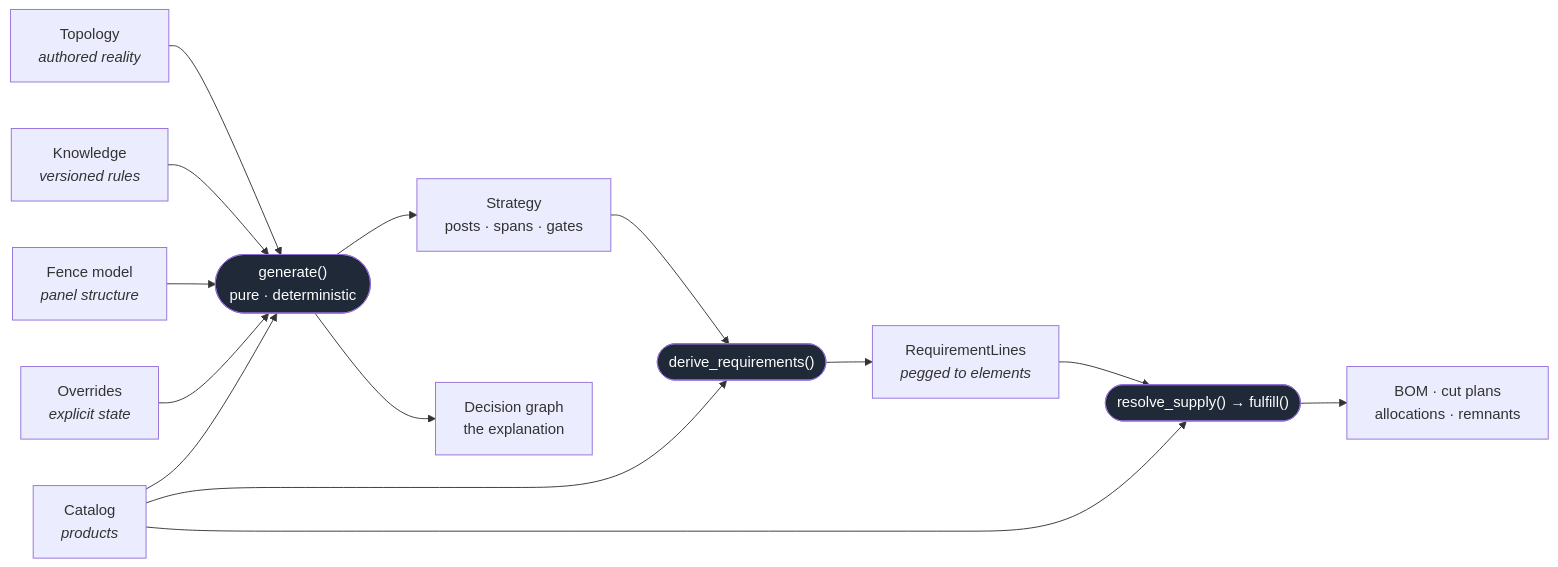
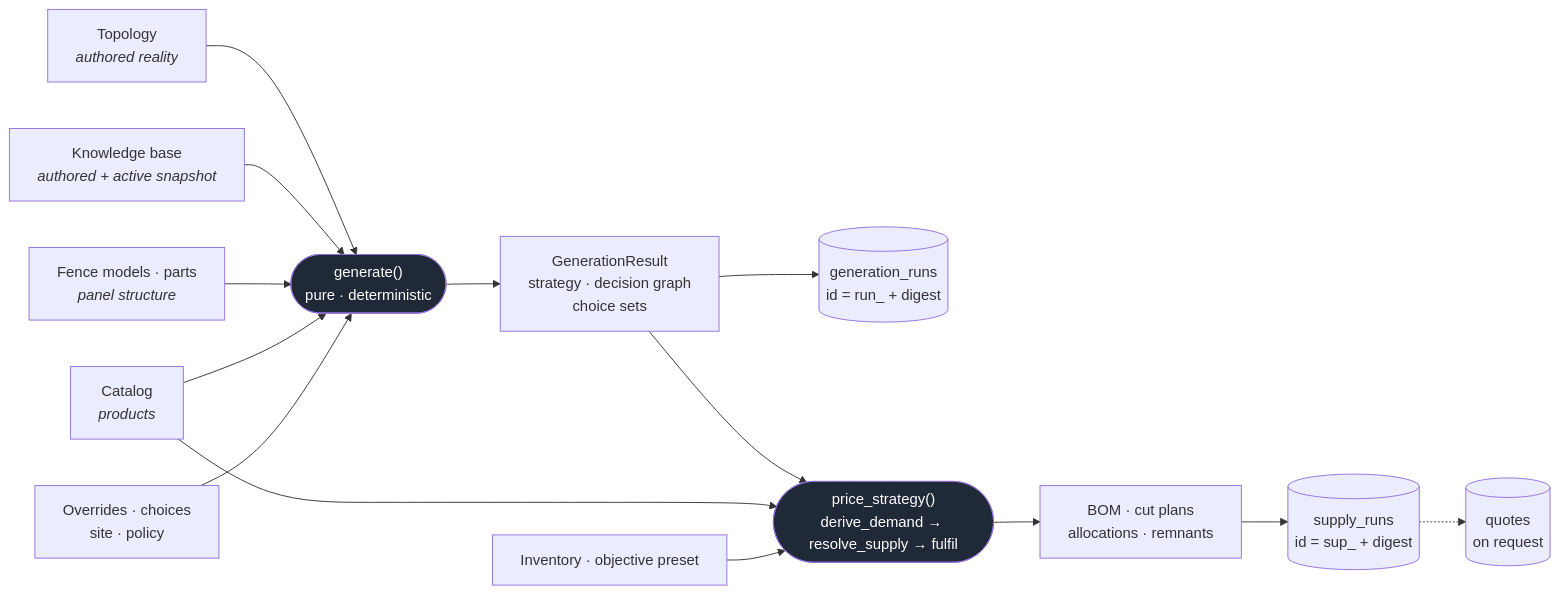
One commit to spicysauce1955-stack/BOM changed the fourth of 5 diagrams in docs/architecture/00-overview.md. Above: the diagram before and after it, drawn with Mermaid. The commit also changed other lines of this file and 14 other files, not shown here.

````diff
--- a/docs/architecture/00-overview.md
+++ b/docs/architecture/00-overview.md
@@ -77,36 +159,33 @@
 ```mermaid
 flowchart LR
     T["Topology<br/><i>authored reality</i>"]
-    K["Knowledge<br/><i>versioned rules</i>"]
-    M["Fence model<br/><i>panel structure</i>"]
+    K["Knowledge base<br/><i>authored + active snapshot</i>"]
+    M["Fence models · parts<br/><i>panel structure</i>"]
     C["Catalog<br/><i>products</i>"]
-    O["Overrides<br/><i>explicit state</i>"]
+    O["Overrides · choices<br/>site · policy"]
 
     G(["generate()<br/>pure · deterministic"])
-    S["Strategy<br/>posts · spans · gates"]
-    DG["Decision graph<br/>the explanation"]
+    R["GenerationResult<br/>strategy · decision graph<br/>choice sets"]
+    GR[("generation_runs<br/>id = run_ + digest")]
 
-    D(["derive_requirements()"])
-    R["RequirementLines<br/><i>pegged to elements</i>"]
-
-    F(["resolve_supply() → fulfill()"])
+    P(["price_strategy()<br/>derive_demand → resolve_supply → fulfil"])
+    I["Inventory · objective preset"]
     B["BOM · cut plans<br/>allocations · remnants"]
+    SR[("supply_runs<br/>id = sup_ + digest")]
+    Q[("quotes<br/>on request")]
 
     T --> G
     K --> G
     M --> G
     C --> G
     O --> G
-    G --> S
-    G --> DG
-    S --> D
-    C --> D
-    D --> R
-    R --> F
-    C --> F
-    F --> B
+    G --> R --> GR
+    R --> P
+    C --> P
+    I --> P
+    P --> B --> SR
+    SR -.-> Q
 
     style G fill:#1f2937,color:#fff
-    style D fill:#1f2937,color:#fff
-    style F fill:#1f2937,color:#fff
+    style P fill:#1f2937,color:#fff
 ```
````
